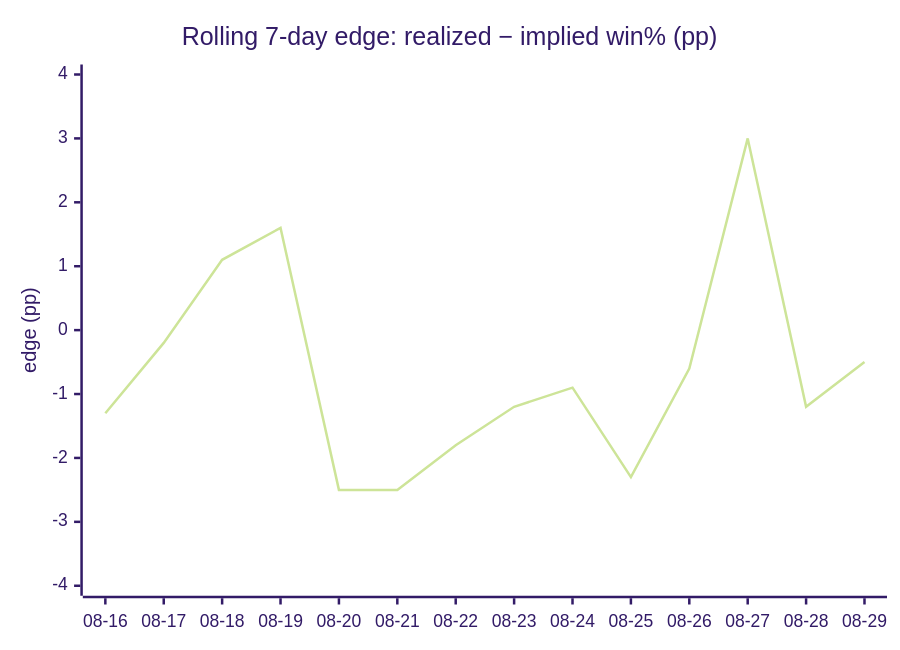
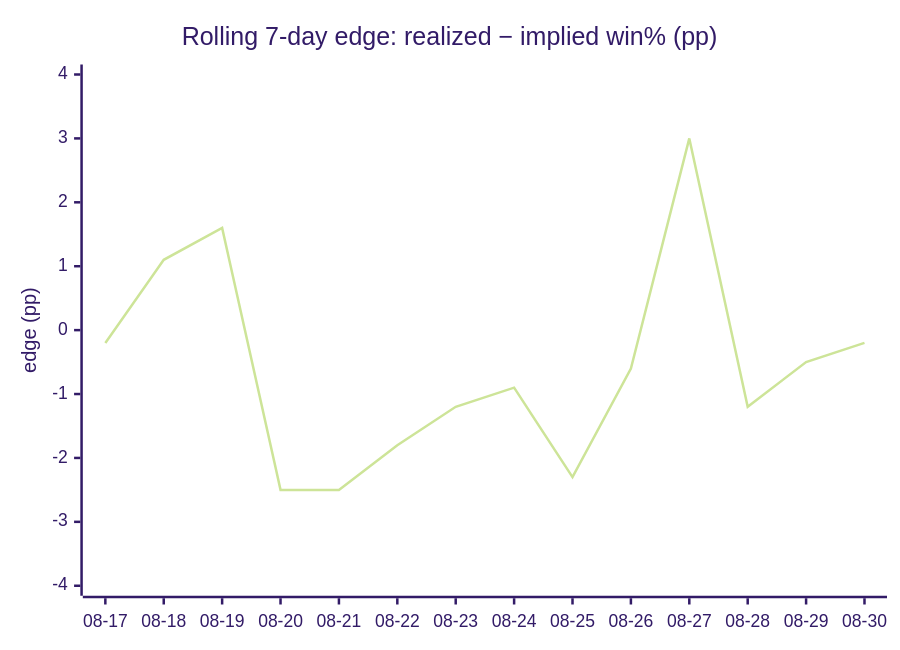
One commit to dpk1212/nhl-savant changed the fourth of 4 diagrams in DAILY_AGSU_REPORT.md. Above: the diagram before and after it, drawn with Mermaid (forest theme). The commit also changed other lines of this file, not shown here.

````diff
--- a/DAILY_AGSU_REPORT.md
+++ b/DAILY_AGSU_REPORT.md
@@ -844,7 +866,7 @@
 ```mermaid
 xychart-beta
     title "Rolling 7-day edge: realized − implied win% (pp)"
-    x-axis ["08-16", "08-17", "08-18", "08-19", "08-20", "08-21", "08-22", "08-23", "08-24", "08-25", "08-26", "08-27", "08-28", "08-29"]
+    x-axis ["08-17", "08-18", "08-19", "08-20", "08-21", "08-22", "08-23", "08-24", "08-25", "08-26", "08-27", "08-28", "08-29", "08-30"]
     y-axis "edge (pp)" -4 --> 4
-    line [-1.3, -0.2, 1.1, 1.6, -2.5, -2.5, -1.8, -1.2, -0.9, -2.3, -0.6, 3, -1.2, -0.5]
+    line [-0.2, 1.1, 1.6, -2.5, -2.5, -1.8, -1.2, -0.9, -2.3, -0.6, 3, -1.2, -0.5, -0.2]
 ```
````
